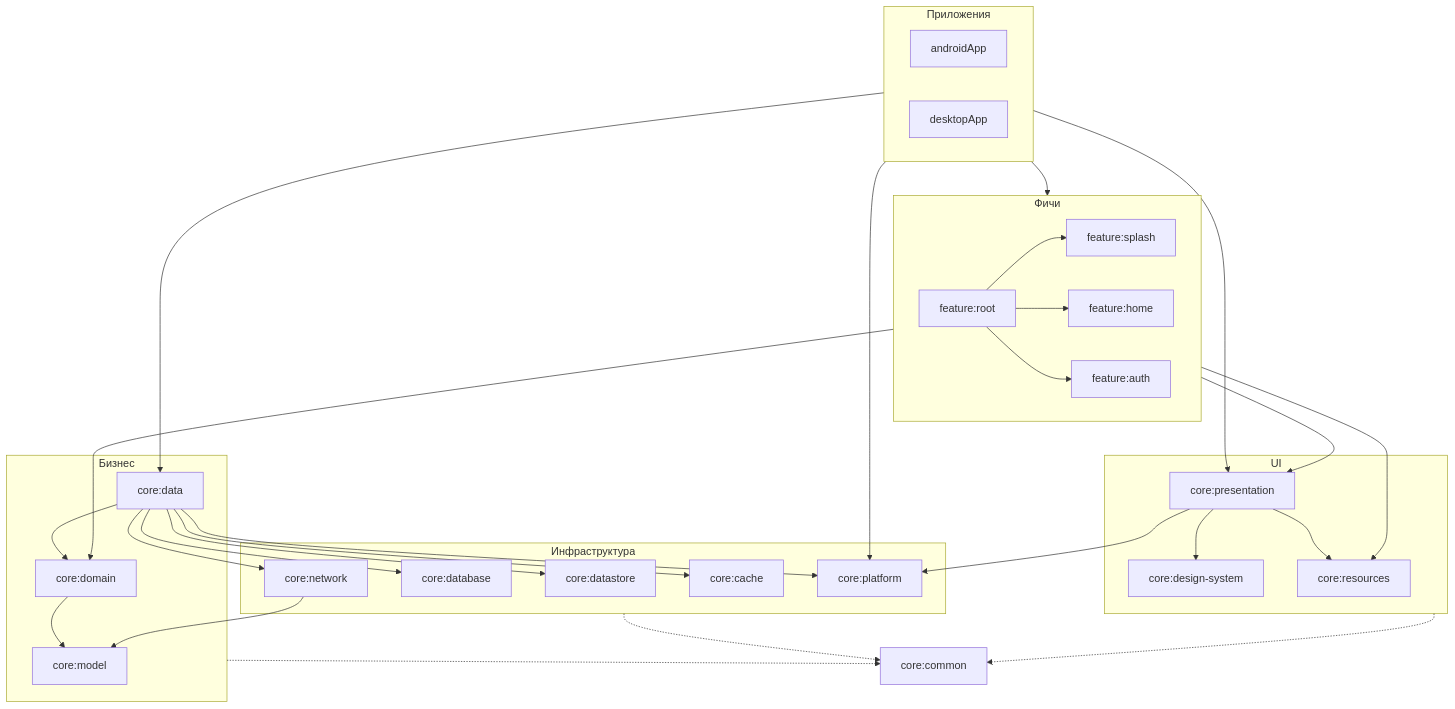
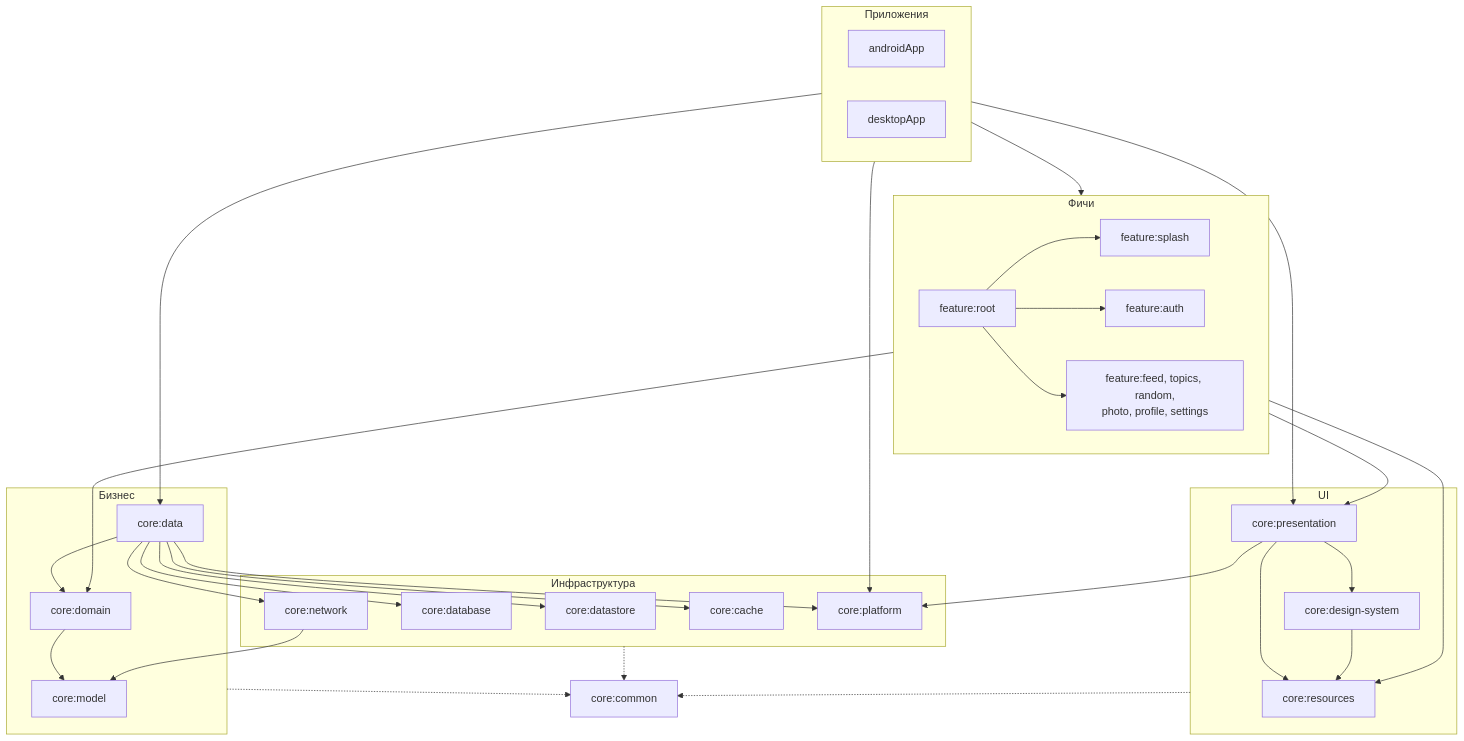
The diagram in docs/architecture/overview.md (KimoTeru/Wallify), drawn with Mermaid before and after one commit. The commit also changed other lines of this file and 103 other files, not shown here.

First line of the commit message:
Add glass design, adaptive navigation and photo screens

````diff
--- a/docs/architecture/overview.md
+++ b/docs/architecture/overview.md
@@ -31,61 +33,62 @@
 ```mermaid
 flowchart TB
     subgraph apps["Приложения"]
         androidApp
         desktopApp
     end
 
     subgraph features["Фичи"]
         root["feature:root"]
         splash["feature:splash"]
-        home["feature:home"]
         auth["feature:auth"]
+        screens["feature:feed, topics, random,<br/>photo, profile, settings"]
     end
 
     subgraph ui["UI"]
         presentation["core:presentation"]
         designSystem["core:design-system"]
         resources["core:resources"]
     end
 
     subgraph business["Бизнес"]
         domain["core:domain"]
         data["core:data"]
         model["core:model"]
     end
 
     subgraph infra["Инфраструктура"]
         network["core:network"]
         database["core:database"]
         datastore["core:datastore"]
         cache["core:cache"]
         platform["core:platform"]
     end
 
     common["core:common"]
 
     apps --> features
     apps --> data
     apps --> platform
     apps --> presentation
     root --> splash
-    root --> home
     root --> auth
+    root --> screens
     features --> presentation
     features --> domain
     presentation --> designSystem
     presentation --> resources
+    designSystem --> resources
     features --> resources
     presentation --> platform
     domain --> model
     data --> domain
     data --> network
     network --> model
     data --> database
     data --> datastore
     data --> cache
     data --> platform
     infra -.-> common
     business -.-> common
     ui -.-> common
 ```
````
